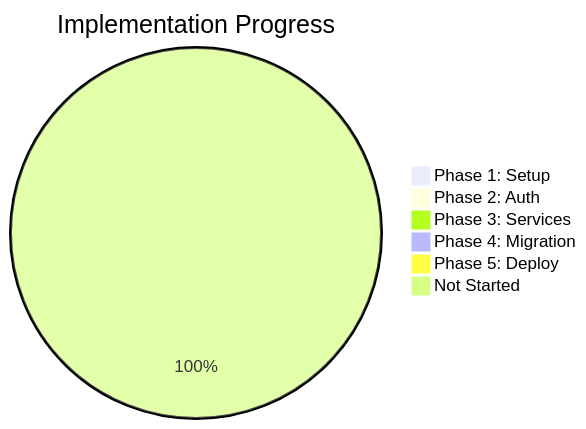
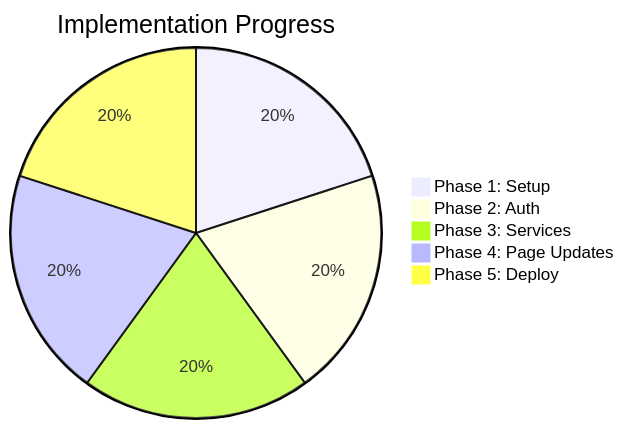
The ninth of 9 diagrams in docs/Backend Plan Implementation.md (ilhaminudin24/ITDigital-wellbeing), drawn with Mermaid before and after one commit. The commit also changed other lines of this file and 5 other files, not shown here.

````diff
--- a/docs/Backend Plan Implementation.md
+++ b/docs/Backend Plan Implementation.md
@@ -1257,9 +1255,8 @@
 ```mermaid
 pie title Implementation Progress
-    "Phase 1: Setup" : 0
-    "Phase 2: Auth" : 0
-    "Phase 3: Services" : 0
-    "Phase 4: Migration" : 0
-    "Phase 5: Deploy" : 0
-    "Not Started" : 100
+    "Phase 1: Setup" : 20
+    "Phase 2: Auth" : 20
+    "Phase 3: Services" : 20
+    "Phase 4: Page Updates" : 20
+    "Phase 5: Deploy" : 20
 ```
````
